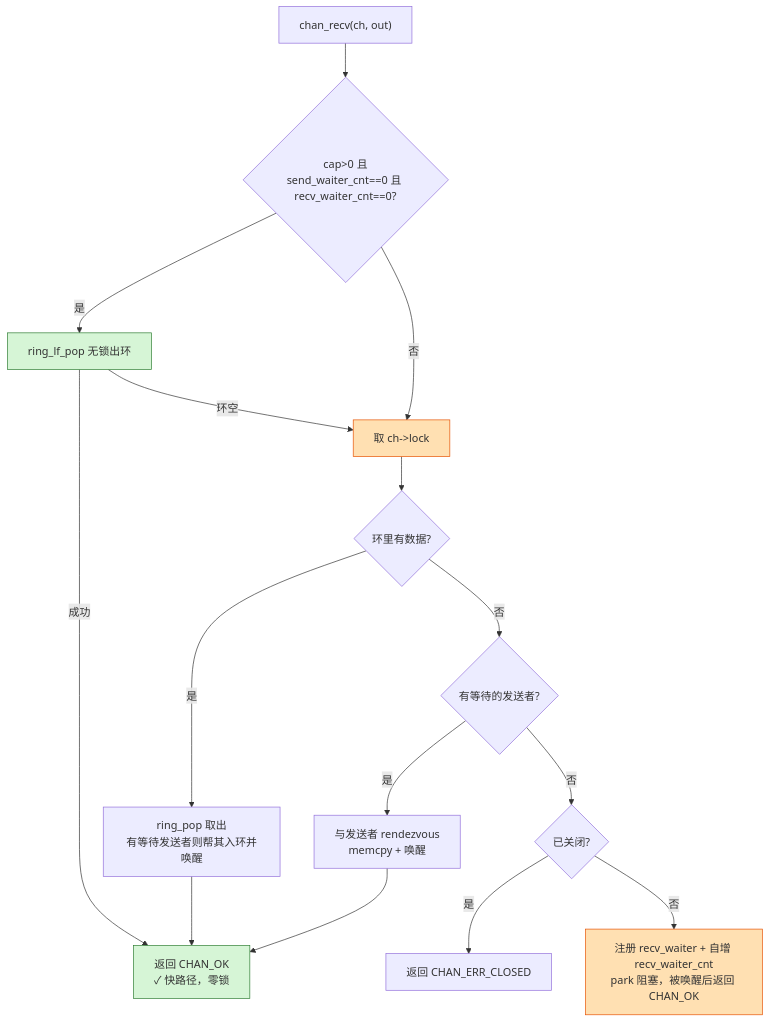
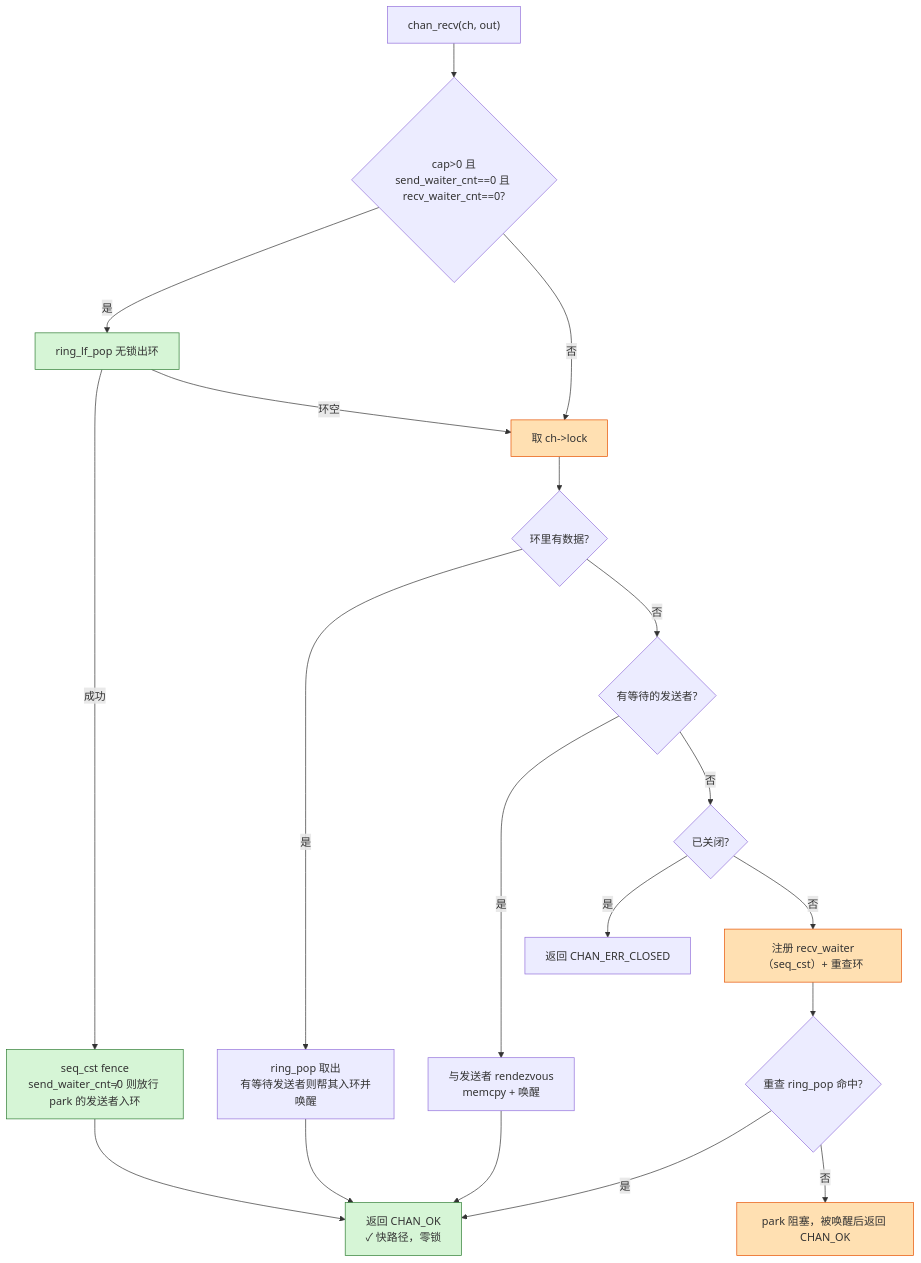
Before and after one commit to calcky/libchan: the third of 4 diagrams in doc/architecture.md, drawn with Mermaid. The commit also changed other lines of this file and 5 other files, not shown here.

````diff
--- a/doc/architecture.md
+++ b/doc/architecture.md
@@ -97,20 +104,24 @@
 ```mermaid
 flowchart TD
     RA["chan_recv(ch, out)"] --> RB{"cap>0 且<br/>send_waiter_cnt==0 且 recv_waiter_cnt==0?"}
     RB -->|是| RC["ring_lf_pop 无锁出环"]
-    RC -->|成功| ROK["返回 CHAN_OK<br/>✓ 快路径，零锁"]
+    RC -->|成功| RW["seq_cst fence<br/>send_waiter_cnt≠0 则放行 park 的发送者入环"]
+    RW --> ROK["返回 CHAN_OK<br/>✓ 快路径，零锁"]
     RC -->|环空| RL["取 ch->lock"]
     RB -->|否| RL
     RL --> RD{"环里有数据?"}
     RD -->|是| RE["ring_pop 取出<br/>有等待发送者则帮其入环并唤醒"] --> ROK
     RD -->|否| RF{"有等待的发送者?"}
     RF -->|是| RG["与发送者 rendezvous<br/>memcpy + 唤醒"] --> ROK
     RF -->|否| RH{"已关闭?"}
     RH -->|是| RCLOSED["返回 CHAN_ERR_CLOSED"]
-    RH -->|否| RI["注册 recv_waiter + 自增 recv_waiter_cnt<br/>park 阻塞，被唤醒后返回 CHAN_OK"]
+    RH -->|否| RI["注册 recv_waiter（seq_cst）+ 重查环"]
+    RI --> RI2{"重查 ring_pop 命中?"}
+    RI2 -->|是| ROK
+    RI2 -->|否| RP["park 阻塞，被唤醒后返回 CHAN_OK"]
 
     classDef fast fill:#d6f5d6,stroke:#2e7d32;
     classDef slow fill:#ffe0b2,stroke:#e65100;
-    class RC,ROK fast;
-    class RL,RI slow;
+    class RC,RW,ROK fast;
+    class RL,RI,RP slow;
 ```
````
